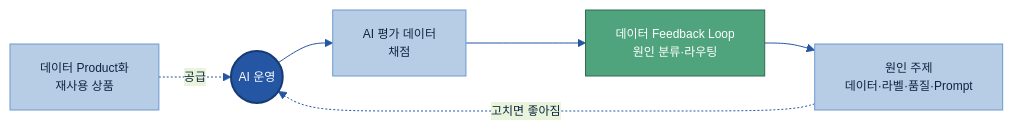
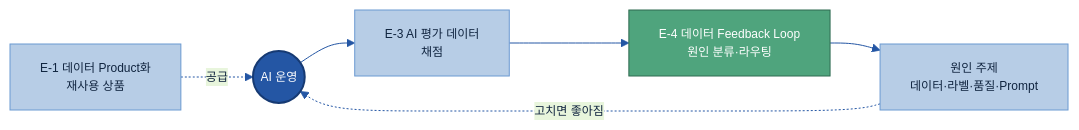
Before and after one commit to jin-kearney/ai-ready-data-manual: the sixth of 6 diagrams in 전체 목차/00 전체 목차 (20개 주제).md, drawn with Mermaid. The commit also changed other lines of this file, not shown here.

````diff
--- a/전체 목차/00 전체 목차 (20개 주제).md
+++ b/전체 목차/00 전체 목차 (20개 주제).md
@@ -270,11 +257,11 @@
 ```mermaid
 %%{init: {'theme':'base','themeVariables':{'primaryColor':'#DCE8F5','primaryBorderColor':'#2456A4','primaryTextColor':'#10243f','lineColor':'#2456A4','fontSize':'12px'}}}%%
 flowchart LR
-    AI(("AI 운영")):::cat --> EVAL["AI 평가 데이터<br/>채점"]:::n --> FB["데이터 Feedback Loop<br/>원인 분류·라우팅"]:::loop
+    AI(("AI 운영")):::cat --> EVAL["E-3 AI 평가 데이터<br/>채점"]:::n --> FB["E-4 데이터 Feedback Loop<br/>원인 분류·라우팅"]:::loop
     FB --> CAUSE["원인 주제<br/>데이터·라벨·품질·Prompt"]:::n
     CAUSE -.고치면 좋아짐.-> AI
-    PROD["데이터 Product화<br/>재사용 상품"]:::n -.공급.-> AI
+    PROD["E-1 데이터 Product화<br/>재사용 상품"]:::n -.공급.-> AI
     classDef n fill:#B7CDE6,stroke:#6B9AD1,color:#10243f;
     classDef cat fill:#2456A4,color:#fff,stroke:#163a73,stroke-width:2px;
     classDef loop fill:#4FA47D,stroke:#2f6b50,color:#fff;
 ```
````
